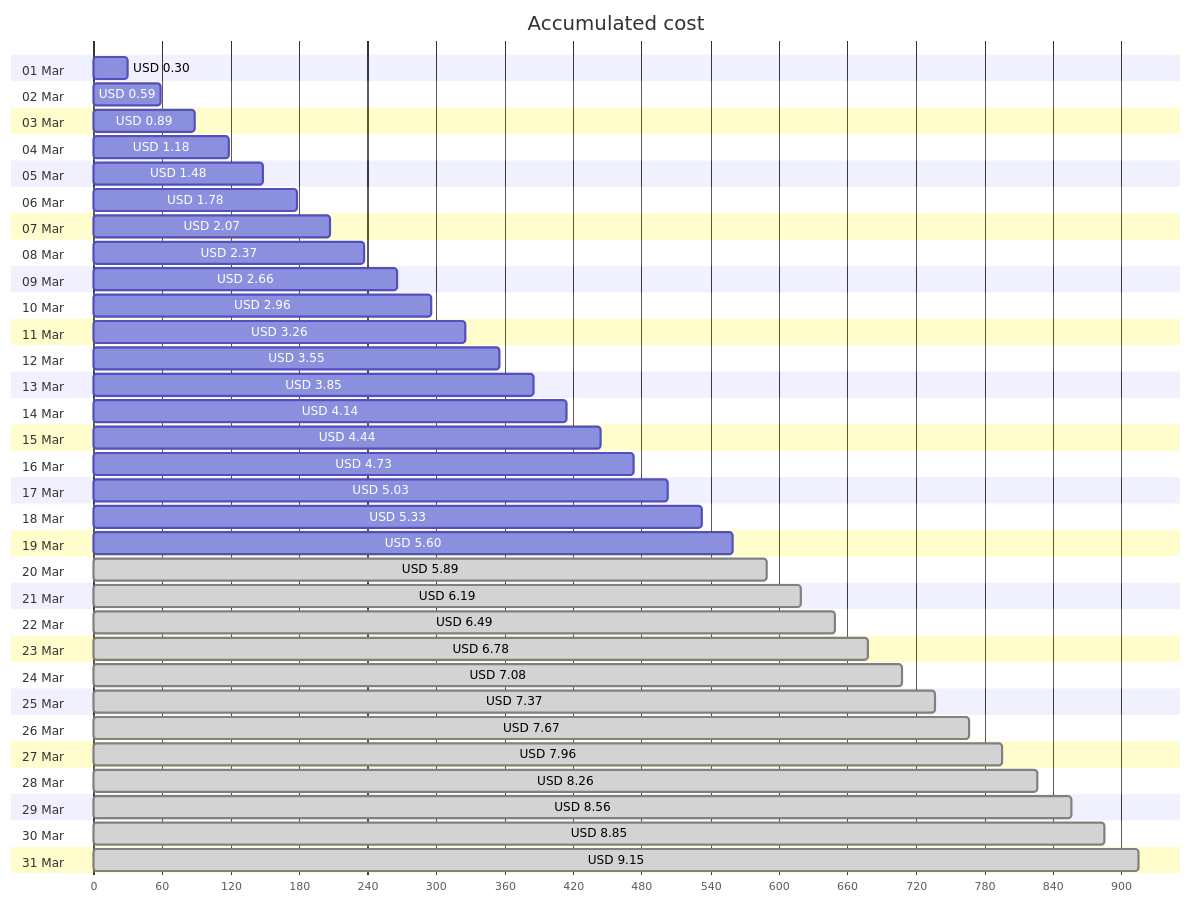
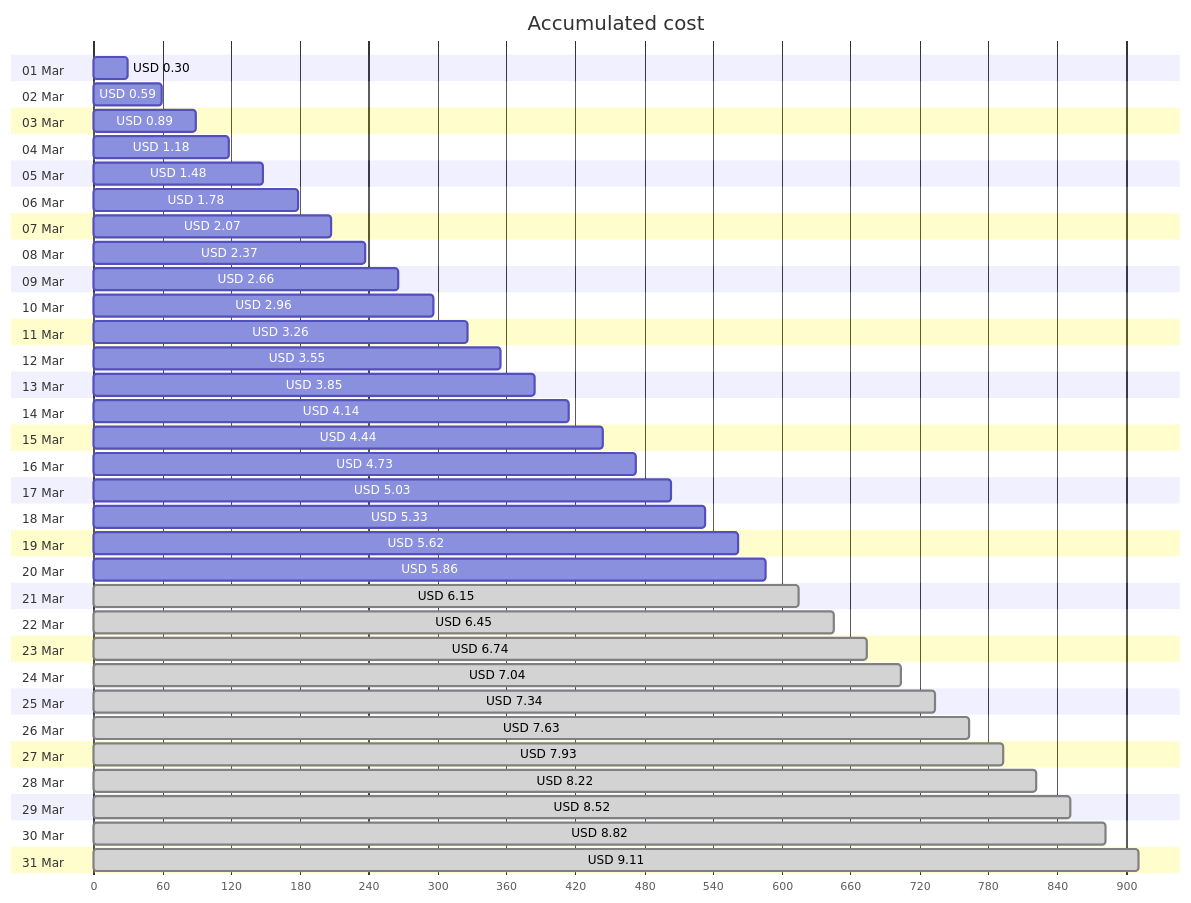
Before and after one commit to jpfulton/azure-personal-reports: the first of 4 diagrams in cost-reports/personal-site/personal-site-preview.md, drawn with Mermaid. The commit also changed other lines of this file and 6 other files, not shown here.

````diff
--- a/cost-reports/personal-site/personal-site-preview.md
+++ b/cost-reports/personal-site/personal-site-preview.md
@@ -20,68 +20,68 @@
 ```mermaid
 gantt
    title Accumulated cost
    dateFormat  X
    axisFormat %s
    section 01 Mar
    USD 0.30 :0, 30
    section 02 Mar
    USD 0.59 :0, 59
    section 03 Mar
    USD 0.89 :0, 89
    section 04 Mar
    USD 1.18 :0, 118
    section 05 Mar
    USD 1.48 :0, 148
    section 06 Mar
    USD 1.78 :0, 178
    section 07 Mar
    USD 2.07 :0, 207
    section 08 Mar
    USD 2.37 :0, 237
    section 09 Mar
    USD 2.66 :0, 266
    section 10 Mar
    USD 2.96 :0, 296
    section 11 Mar
    USD 3.26 :0, 326
    section 12 Mar
    USD 3.55 :0, 355
    section 13 Mar
    USD 3.85 :0, 385
    section 14 Mar
    USD 4.14 :0, 414
    section 15 Mar
    USD 4.44 :0, 444
    section 16 Mar
    USD 4.73 :0, 473
    section 17 Mar
    USD 5.03 :0, 503
    section 18 Mar
    USD 5.33 :0, 533
    section 19 Mar
-   USD 5.60 :0, 560
+   USD 5.62 :0, 562
    section 20 Mar
-   USD 5.89 : done, 0, 589
+   USD 5.86 :0, 586
    section 21 Mar
-   USD 6.19 : done, 0, 619
+   USD 6.15 : done, 0, 615
    section 22 Mar
-   USD 6.49 : done, 0, 649
+   USD 6.45 : done, 0, 645
    section 23 Mar
-   USD 6.78 : done, 0, 678
+   USD 6.74 : done, 0, 674
    section 24 Mar
-   USD 7.08 : done, 0, 708
+   USD 7.04 : done, 0, 704
    section 25 Mar
-   USD 7.37 : done, 0, 737
+   USD 7.34 : done, 0, 734
    section 26 Mar
-   USD 7.67 : done, 0, 767
+   USD 7.63 : done, 0, 763
    section 27 Mar
-   USD 7.96 : done, 0, 796
+   USD 7.93 : done, 0, 793
    section 28 Mar
-   USD 8.26 : done, 0, 826
+   USD 8.22 : done, 0, 822
    section 29 Mar
-   USD 8.56 : done, 0, 856
+   USD 8.52 : done, 0, 852
    section 30 Mar
-   USD 8.85 : done, 0, 885
+   USD 8.82 : done, 0, 882
    section 31 Mar
-   USD 9.15 : done, 0, 915
+   USD 9.11 : done, 0, 911
 ```
````
